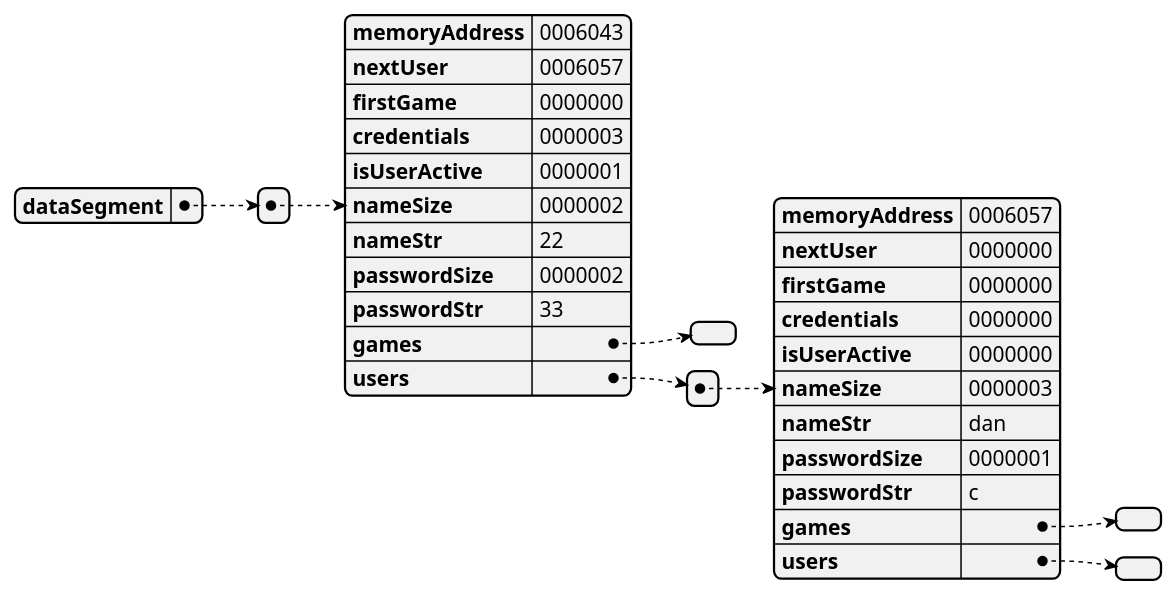
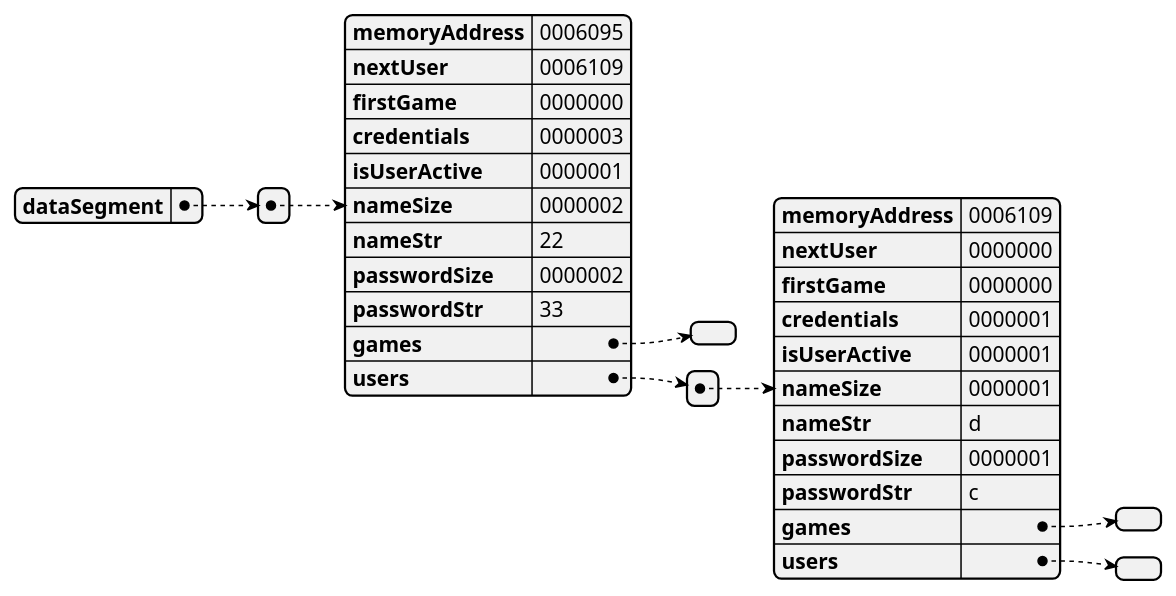
The diagram in docs/uml/README.md (danielcuque/ACE1-PROYECTO2), drawn with PlantUML before and after one commit. The commit also changed 4 other files, not shown here.

Commit message:
feat: set user credentials when global admin approve it

`````diff
--- a/docs/uml/README.md
+++ b/docs/uml/README.md
@@ -1,26 +1,26 @@
 ````plantuml
 @startjson memoryGraph
 {"dataSegment":
-[{"memoryAddress":"0006043",
-"nextUser":"0006057",
+[{"memoryAddress":"0006095",
+"nextUser":"0006109",
 "firstGame":"0000000",
 "credentials":"0000003",
 "isUserActive":"0000001",
 "nameSize":"0000002",
 "nameStr":"22",
 "passwordSize":"0000002",
 "passwordStr":"33",
 "games":[],
-"users":[{"memoryAddress":"0006057",
+"users":[{"memoryAddress":"0006109",
 "nextUser":"0000000",
 "firstGame":"0000000",
-"credentials":"0000000",
-"isUserActive":"0000000",
-"nameSize":"0000003",
-"nameStr":"dan",
+"credentials":"0000001",
+"isUserActive":"0000001",
+"nameSize":"0000001",
+"nameStr":"d",
 "passwordSize":"0000001",
 "passwordStr":"c",
 "games":[],
 "users":[]}]}]}
 @endjson
 ````
`````
